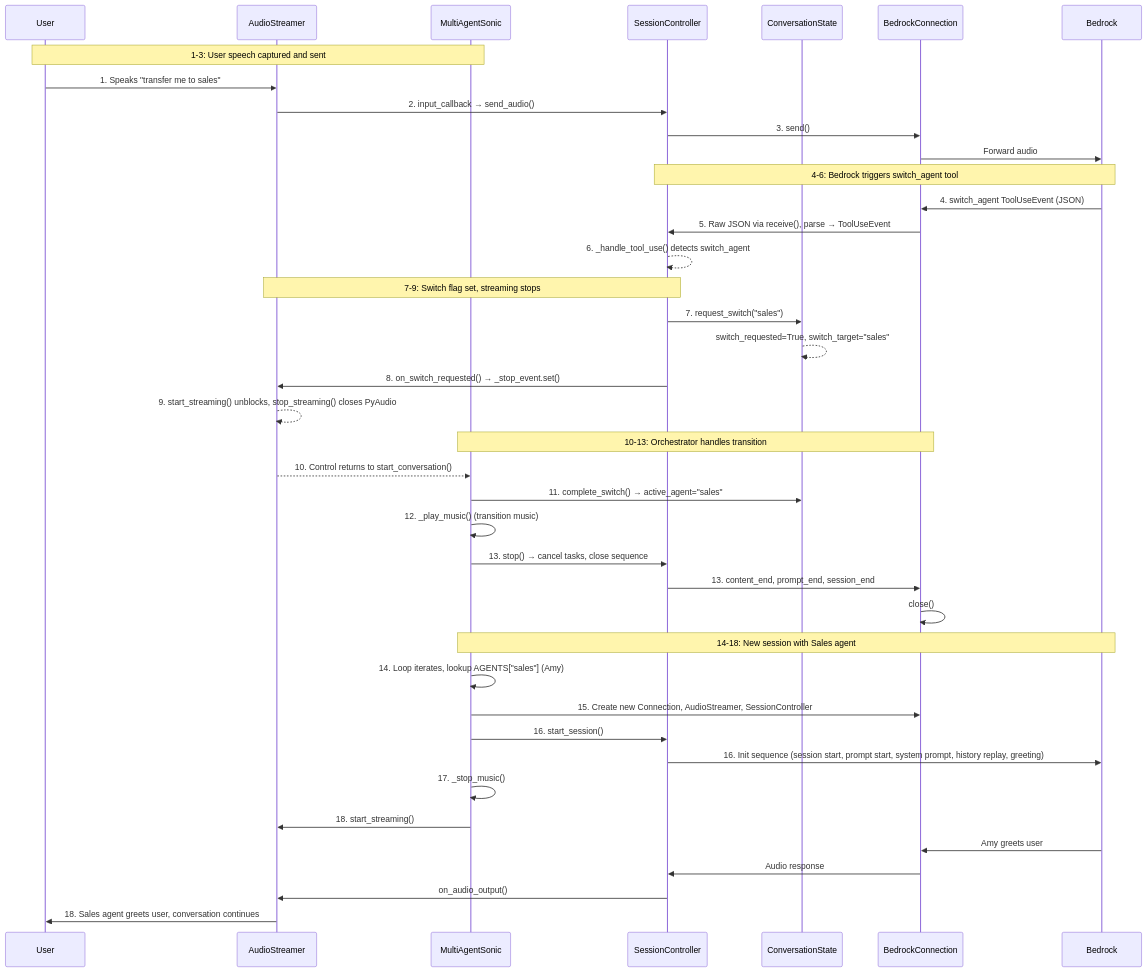
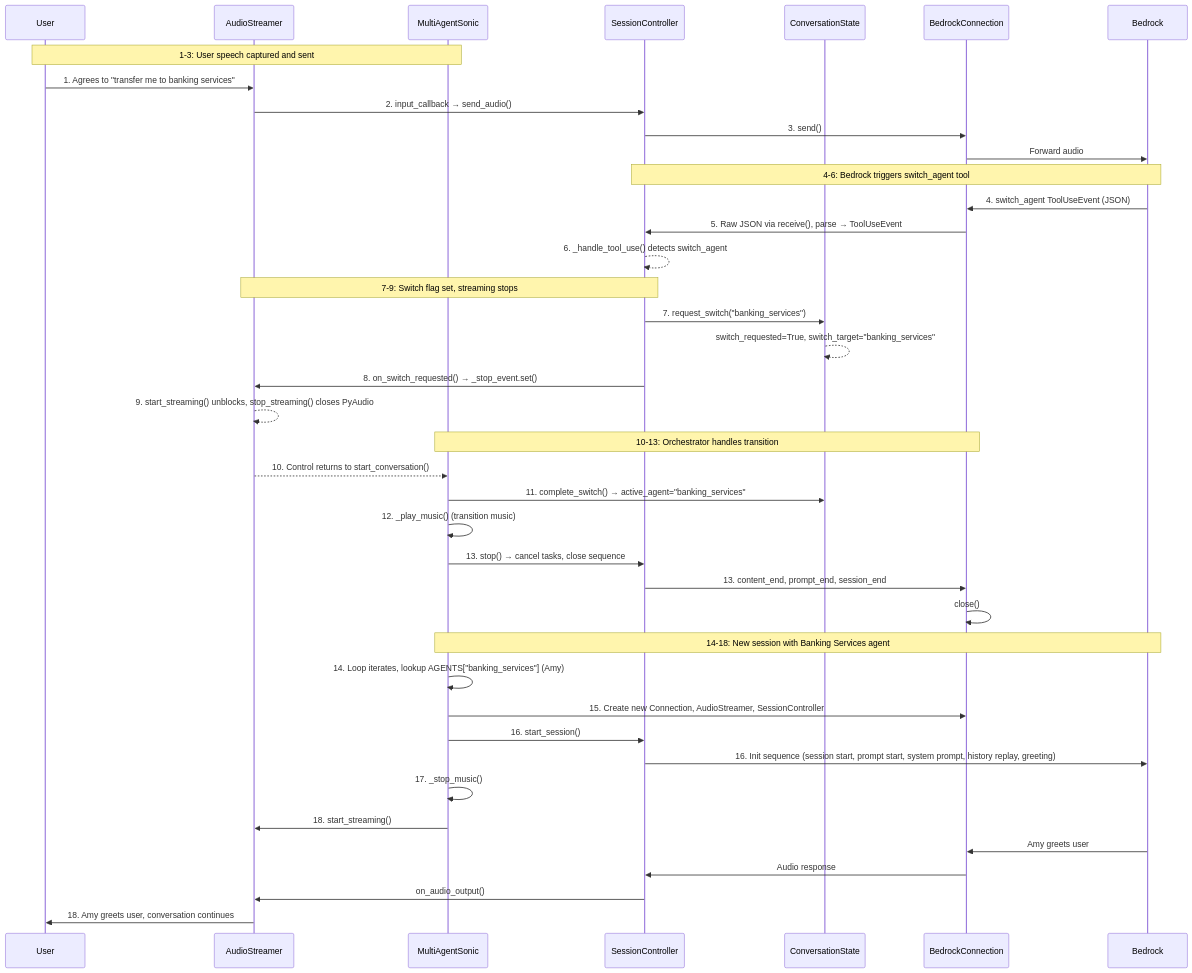
One commit to aws-samples/sample-nova-sonic-dynamic-configuration changed the diagram in README.md. Above: the diagram before and after it, drawn with Mermaid. The commit also changed other lines of this file and 13 other files, not shown here.

````diff
--- a/README.md
+++ b/README.md
@@ -120,47 +116,47 @@
 ```mermaid
 sequenceDiagram
     participant User
     participant AS as AudioStreamer
     participant MA as MultiAgentSonic
     participant SC as SessionController
     participant CS as ConversationState
     participant BC as BedrockConnection
     participant B as Bedrock
 
     Note over User, MA: 1-3: User speech captured and sent
-    User->>AS: 1. Speaks "transfer me to sales"
+    User->>AS: 1. Agrees to "transfer me to banking services"
     AS->>SC: 2. input_callback → send_audio()
     SC->>BC: 3. send()
     BC->>B: Forward audio
 
     Note over B, SC: 4-6: Bedrock triggers switch_agent tool
     B->>BC: 4. switch_agent ToolUseEvent (JSON)
     BC->>SC: 5. Raw JSON via receive(), parse → ToolUseEvent
     SC-->>SC: 6. _handle_tool_use() detects switch_agent
 
     Note over SC, AS: 7-9: Switch flag set, streaming stops
-    SC->>CS: 7. request_switch("sales")
-    CS-->>CS: switch_requested=True, switch_target="sales"
+    SC->>CS: 7. request_switch("banking_services")
+    CS-->>CS: switch_requested=True, switch_target="banking_services"
     SC->>AS: 8. on_switch_requested() → _stop_event.set()
     AS-->>AS: 9. start_streaming() unblocks, stop_streaming() closes PyAudio
 
     Note over MA, BC: 10-13: Orchestrator handles transition
     AS-->>MA: 10. Control returns to start_conversation()
-    MA->>CS: 11. complete_switch() → active_agent="sales"
+    MA->>CS: 11. complete_switch() → active_agent="banking_services"
     MA->>MA: 12. _play_music() (transition music)
     MA->>SC: 13. stop() → cancel tasks, close sequence
     SC->>BC: 13. content_end, prompt_end, session_end
     BC->>BC: close()
 
-    Note over MA, B: 14-18: New session with Sales agent
-    MA->>MA: 14. Loop iterates, lookup AGENTS["sales"] (Amy)
+    Note over MA, B: 14-18: New session with Banking Services agent
+    MA->>MA: 14. Loop iterates, lookup AGENTS["banking_services"] (Amy)
     MA->>BC: 15. Create new Connection, AudioStreamer, SessionController
     MA->>SC: 16. start_session()
     SC->>B: 16. Init sequence (session start, prompt start, system prompt, history replay, greeting)
     MA->>MA: 17. _stop_music()
     MA->>AS: 18. start_streaming()
     B->>BC: Amy greets user
     BC->>SC: Audio response
     SC->>AS: on_audio_output()
-    AS->>User: 18. Sales agent greets user, conversation continues
+    AS->>User: 18. Amy greets user, conversation continues
 ```
````
